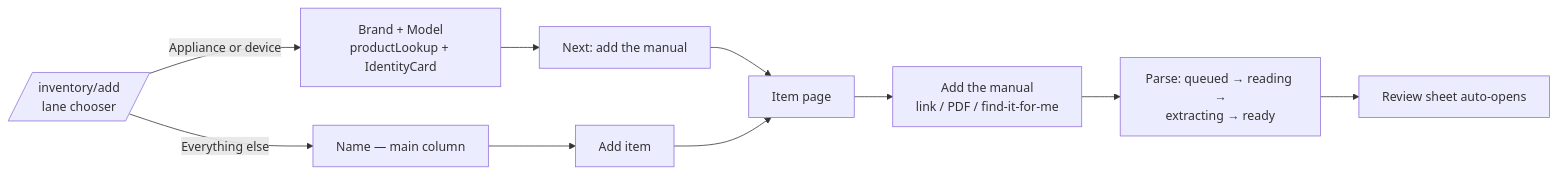
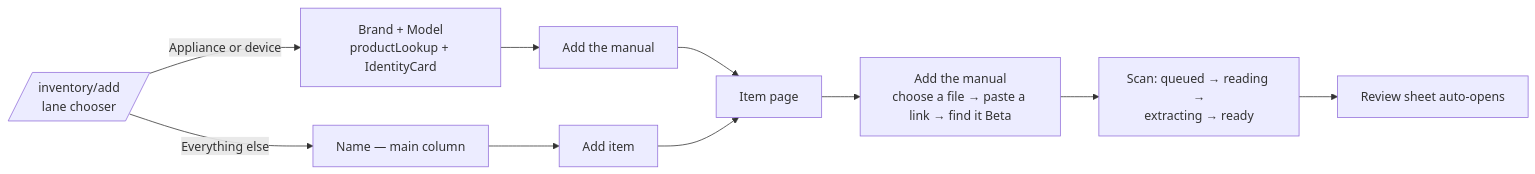
The second of 5 diagrams in docs/user-journeys.md (barbhc/homehub-v2), drawn with Mermaid before and after one commit. The commit also changed other lines of this file and 27 other files, not shown here.

First line of the commit message:
The add-item flow, rebuilt on the approved hybrid (HH-107, 109, 110, 111, 112) (#167)

````diff
--- a/docs/user-journeys.md
+++ b/docs/user-journeys.md
@@ -87,12 +87,12 @@
 ```mermaid
 flowchart LR
     A[/inventory/add\nlane chooser/] -->|Appliance or device| B[Brand + Model\nproductLookup + IdentityCard]
     A -->|Everything else| C[Name — main column]
-    B --> D["Next: add the manual"]
+    B --> D["Add the manual"]
     C --> E[Add item]
     D --> F[Item page]
     E --> F
-    F --> G[Add the manual\nlink / PDF / find-it-for-me]
-    G --> H[Parse: queued → reading →\nextracting → ready]
+    F --> G[Add the manual\nchoose a file → paste a link → find it Beta]
+    G --> H[Scan: queued → reading →\nextracting → ready]
     H --> I[Review sheet auto-opens]
 ```
````
